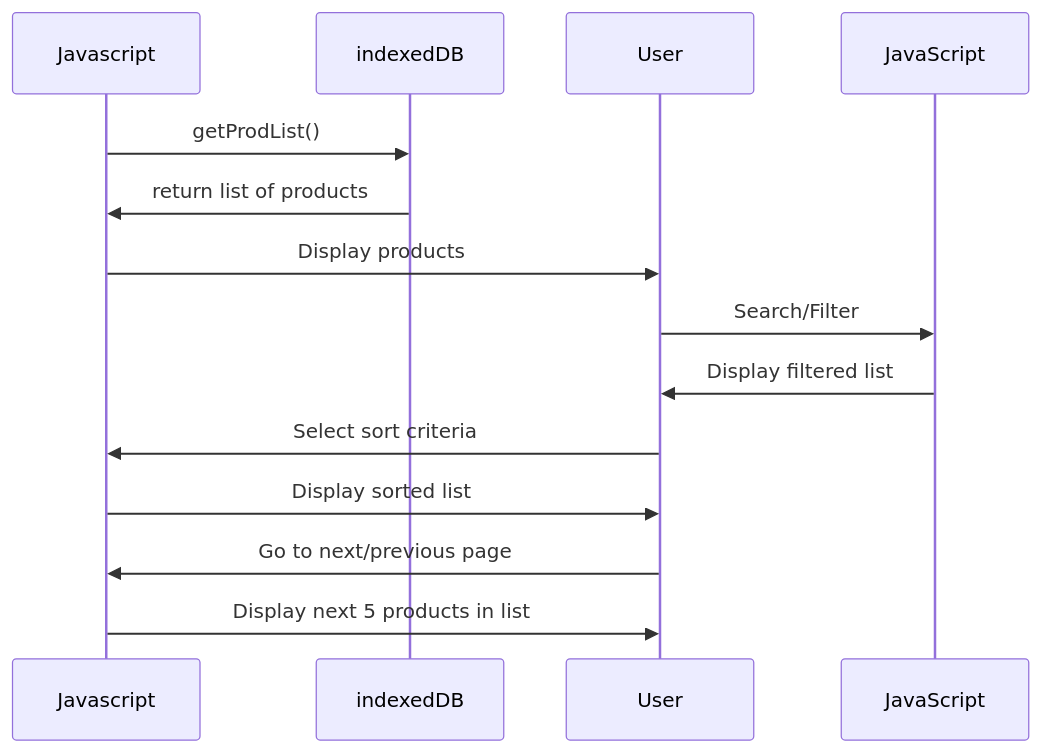
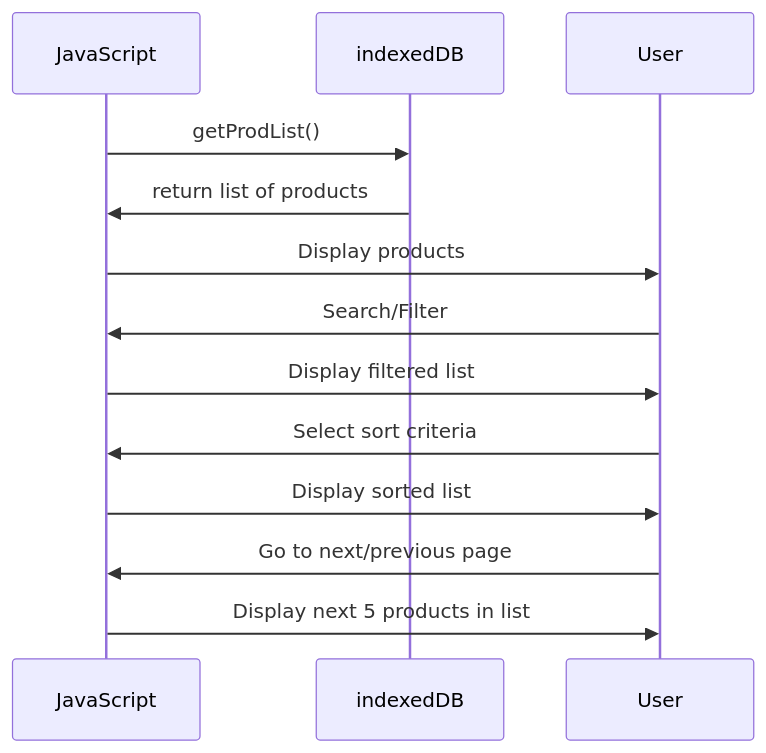
The diagram in team/m3/winifred-nauda/feature-sequence-diagram.md (batterydied/Aquatica), drawn with Mermaid before and after one commit. The commit also changed other lines of this file, not shown here.

Commit message:
feature description and diagram fixes

````diff
--- a/team/m3/winifred-nauda/feature-sequence-diagram.md
+++ b/team/m3/winifred-nauda/feature-sequence-diagram.md
@@ -1,12 +2,12 @@
 ```mermaid 
 sequenceDiagram;
-    Javascript->>indexedDB: getProdList();
-    indexedDB->>Javascript: return list of products;
-    Javascript->>User: Display products;
+    JavaScript->>indexedDB: getProdList();
+    indexedDB->>JavaScript: return list of products;
+    JavaScript->>User: Display products;
     User->>JavaScript: Search/Filter;
     JavaScript->>User: Display filtered list;
-    User->>Javascript: Select sort criteria;
-    Javascript->>User: Display sorted list;
-    User->>Javascript: Go to next/previous page;
-    Javascript->>User: Display next 5 products in list;
+    User->>JavaScript: Select sort criteria;
+    JavaScript->>User: Display sorted list;
+    User->>JavaScript: Go to next/previous page;
+    JavaScript->>User: Display next 5 products in list;
 ```
````
